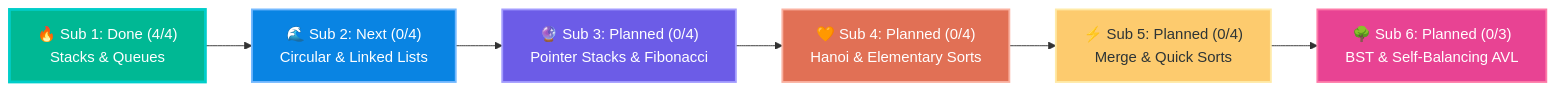
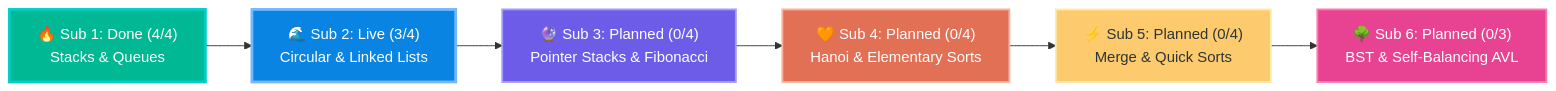
Before and after one commit to bihanduvindiv/DSA: the first of 6 diagrams in README.md, drawn with Mermaid. The commit also changed other lines of this file, not shown here.

````diff
--- a/README.md
+++ b/README.md
@@ -18,15 +18,15 @@
 ```mermaid
 flowchart LR
-    S1["🔥 Sub 1: Done (4/4)\nStacks & Queues"] --> S2["🌊 Sub 2: Next (0/4)\nCircular & Linked Lists"]
+    S1["🔥 Sub 1: Done (4/4)\nStacks & Queues"] --> S2["🌊 Sub 2: Live (3/4)\nCircular & Linked Lists"]
     S2 --> S3["🔮 Sub 3: Planned (0/4)\nPointer Stacks & Fibonacci"]
     S3 --> S4["🧡 Sub 4: Planned (0/4)\nHanoi & Elementary Sorts"]
     S4 --> S5["⚡ Sub 5: Planned (0/4)\nMerge & Quick Sorts"]
     S5 --> S6["🌳 Sub 6: Planned (0/3)\nBST & Self-Balancing AVL"]
 
     style S1 fill:#00b894,stroke:#00cec9,stroke-width:3px,color:#ffffff
-    style S2 fill:#0984e3,stroke:#74b9ff,stroke-width:2px,color:#ffffff
+    style S2 fill:#0984e3,stroke:#74b9ff,stroke-width:3px,color:#ffffff
     style S3 fill:#6c5ce7,stroke:#a29bfe,stroke-width:2px,color:#ffffff
     style S4 fill:#e17055,stroke:#fab1a0,stroke-width:2px,color:#ffffff
     style S5 fill:#fdcb6e,stroke:#ffeaa7,stroke-width:2px,color:#2d3436
     style S6 fill:#e84393,stroke:#fd79a8,stroke-width:2px,color:#ffffff
 ```
````
